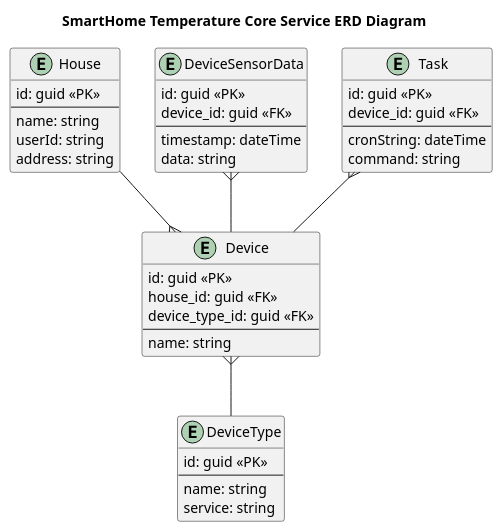
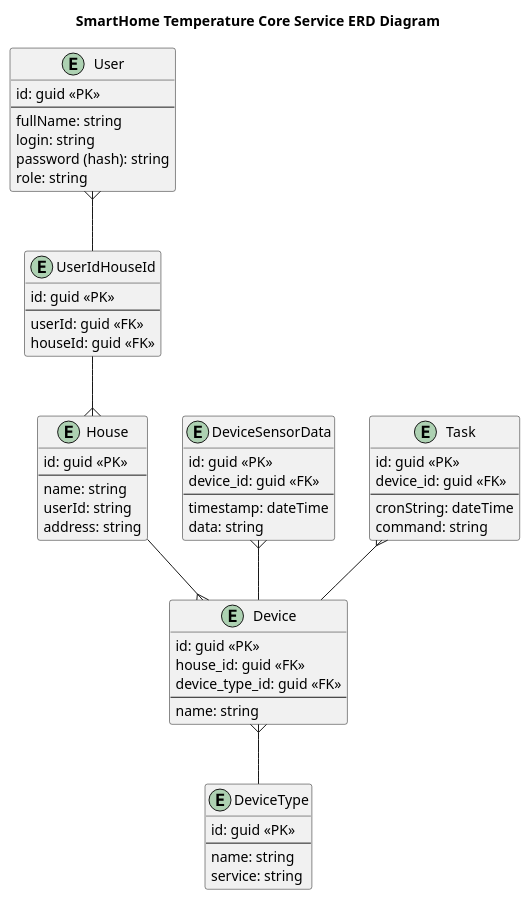
Before and after one commit to noisegrind3r/architecture-sprint-3: the diagram in diagrams/erd/ERD_SmartHomeService.puml, drawn with PlantUML. The commit also changed 2 other files, not shown here.

Commit message:
fix: review remarks - add domain description and update erd diagram

```diff
--- a/diagrams/erd/ERD_SmartHomeService.puml
+++ b/diagrams/erd/ERD_SmartHomeService.puml
@@ -1,50 +1,68 @@
 @startuml
 title SmartHome Temperature Core Service ERD Diagram
 
 top to bottom direction
+
+entity User {
+    id: guid <<PK>>
+    --
+    fullName: string
+    login: string
+    password (hash): string
+    role: string
+}
+
+entity UserIdHouseId {
+    id: guid <<PK>>
+    --
+    userId: guid <<FK>>
+    houseId: guid <<FK>>
+}
 
 entity House {
     id: guid <<PK>>
     --
     name: string
     userId: string
     address: string
 }
 
 entity DeviceType {
     id: guid <<PK>>
     ---
     name: string
     service: string
 }
 
 entity Device {
     id: guid <<PK>>
     house_id: guid <<FK>>
     device_type_id: guid <<FK>>
     --
     name: string
 }
 
 entity DeviceSensorData {
     id: guid <<PK>>
     device_id: guid <<FK>>
     --
     timestamp: dateTime
     data: string
 }
 
 entity Task {
     id: guid <<PK>>
     device_id: guid <<FK>>
     --
     cronString: dateTime
     command: string
 }
 
+User }-- UserIdHouseId
+UserIdHouseId --{ House
 House --{ Device
 Device }-- DeviceType
 DeviceSensorData }-- Device
 Task }-- Device
 
 @enduml
```
